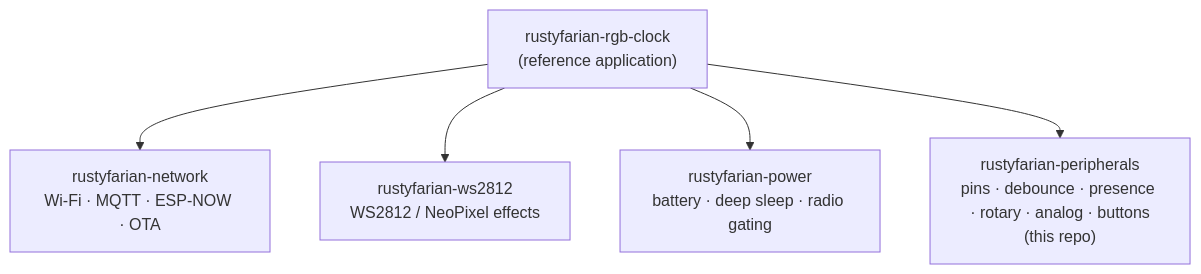
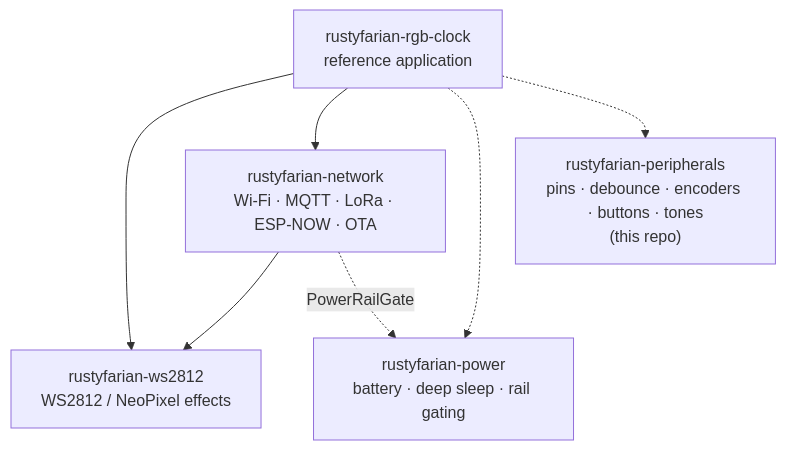
The diagram in README.md (datenkollektiv/rustyfarian-peripherals), drawn with Mermaid before and after one commit. The commit also changed other lines of this file and 2 other files, not shown here.

Commit message:
Align CI and README with rustyfarian family conventions

````diff
--- a/README.md
+++ b/README.md
@@ -30,12 +71,14 @@
 ```mermaid
 graph TD
-    app["rustyfarian-rgb-clock<br/>(reference application)"]
-    net["rustyfarian-network<br/>Wi-Fi · MQTT · ESP-NOW · OTA"]
+    app["rustyfarian-rgb-clock<br/>reference application"]
+    net["rustyfarian-network<br/>Wi-Fi · MQTT · LoRa · ESP-NOW · OTA"]
     leds["rustyfarian-ws2812<br/>WS2812 / NeoPixel effects"]
-    pwr["rustyfarian-power<br/>battery · deep sleep · radio gating"]
-    periph["rustyfarian-peripherals<br/>pins · debounce · presence · rotary · analog · buttons<br/>(this repo)"]
+    pwr["rustyfarian-power<br/>battery · deep sleep · rail gating"]
+    periph["rustyfarian-peripherals<br/>pins · debounce · encoders · buttons · tones<br/>(this repo)"]
+    app --> leds
     app --> net
-    app --> leds
-    app --> pwr
-    app --> periph
+    app -.-> pwr
+    app -.-> periph
+    net --> leds
+    net -.->|PowerRailGate| pwr
 ```
````
